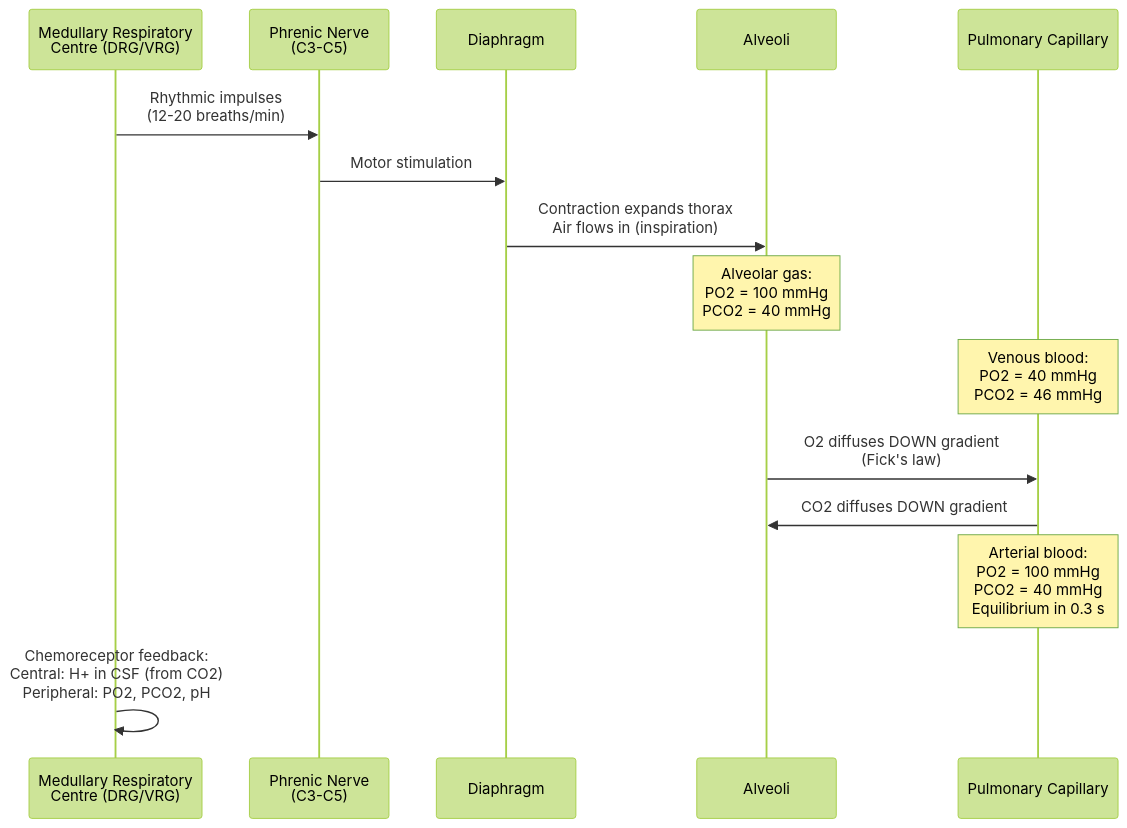
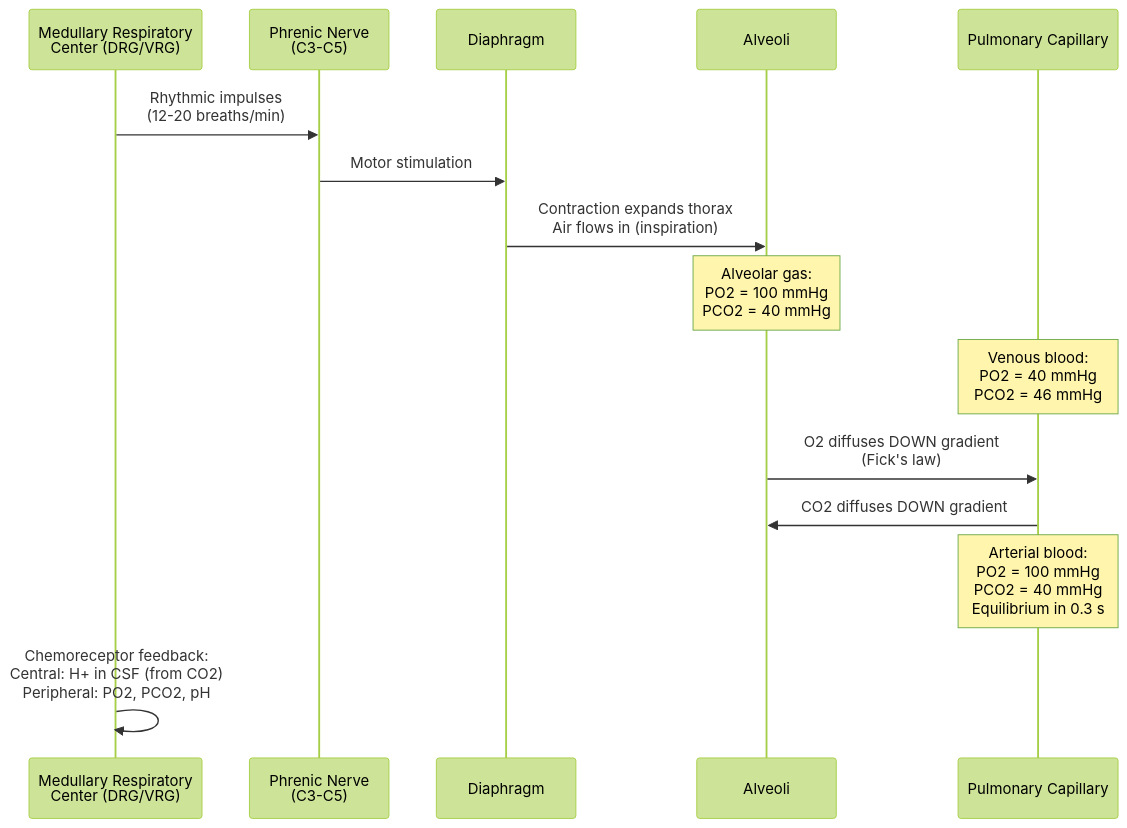
Before and after one commit to docxology/biology_textbook: the fourth of 5 diagrams in manuscript/unit_IX/circulation_respiration_homeostasis.md, drawn with Mermaid (forest theme). The commit also changed other lines of this file and 247 other files, not shown here.

````diff
--- a/manuscript/unit_IX/circulation_respiration_homeostasis.md
+++ b/manuscript/unit_IX/circulation_respiration_homeostasis.md
@@ -561,18 +565,18 @@
 ```mermaid
 sequenceDiagram
-    participant CPG as Medullary Respiratory<br/>Centre (DRG/VRG)
+    participant CPG as Medullary Respiratory<br/>Center (DRG/VRG)
     participant PN as Phrenic Nerve<br/>(C3-C5)
     participant Dia as Diaphragm
     participant Alv as Alveoli
     participant Cap as Pulmonary Capillary
 
     CPG->>PN: Rhythmic impulses<br/>(12-20 breaths/min)
     PN->>Dia: Motor stimulation
     Dia->>Alv: Contraction expands thorax<br/>Air flows in (inspiration)
     Note over Alv: Alveolar gas:<br/>PO2 = 100 mmHg<br/>PCO2 = 40 mmHg
     Note over Cap: Venous blood:<br/>PO2 = 40 mmHg<br/>PCO2 = 46 mmHg
     Alv->>Cap: O2 diffuses DOWN gradient<br/>(Fick's law)
     Cap->>Alv: CO2 diffuses DOWN gradient
     Note over Cap: Arterial blood:<br/>PO2 = 100 mmHg<br/>PCO2 = 40 mmHg<br/>Equilibrium in 0.3 s
     CPG->>CPG: Chemoreceptor feedback:<br/>Central: H+ in CSF (from CO2)<br/>Peripheral: PO2, PCO2, pH
 ```
````
